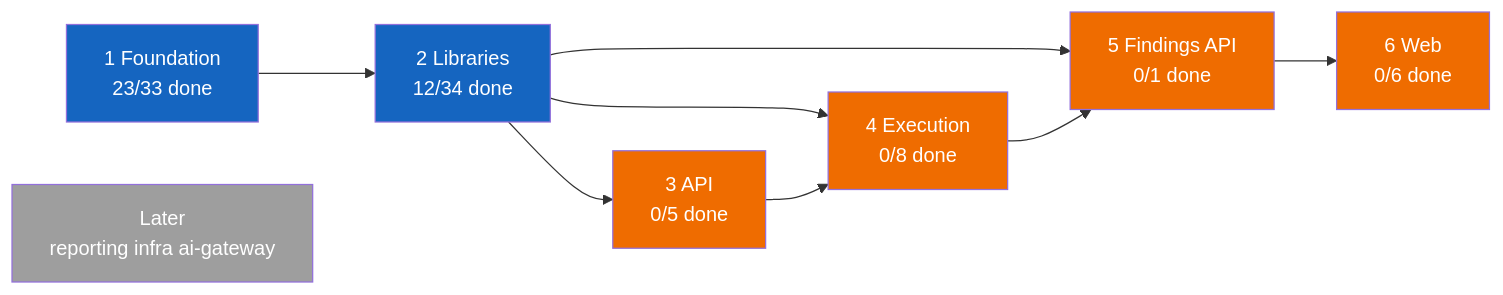
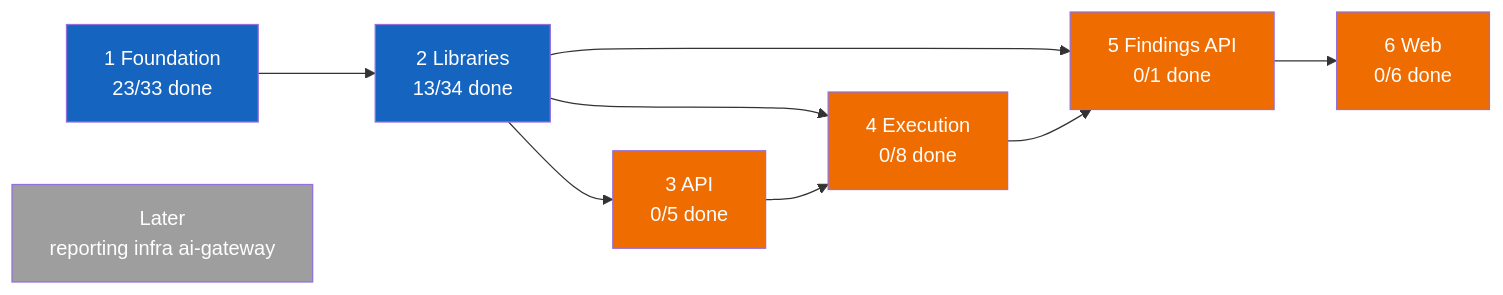
The first of 2 diagrams in PROGRESS.md (vulcanflow/docs), drawn with Mermaid before and after one commit. The commit also changed other lines of this file and 1 other file, not shown here.

````diff
--- a/PROGRESS.md
+++ b/PROGRESS.md
@@ -24,31 +24,31 @@
 ```mermaid
 flowchart LR
   P1["1 Foundation<br/>23/33 done"]
-  P2["2 Libraries<br/>12/34 done"]
+  P2["2 Libraries<br/>13/34 done"]
   P3["3 API<br/>0/5 done"]
   P4["4 Execution<br/>0/8 done"]
   P5["5 Findings API<br/>0/1 done"]
   P6["6 Web<br/>0/6 done"]
   L["Later<br/>reporting infra ai-gateway"]
 
   P1 --> P2
   P2 --> P3
   P2 --> P4
   P3 --> P4
   P2 --> P5
   P4 --> P5
   P5 --> P6
 
   classDef done fill:#2e7d32,color:#fff
   classDef active fill:#1565c0,color:#fff
   classDef held fill:#9e9e9e,color:#fff
   classDef blocked fill:#ef6c00,color:#fff
 
   class P1 active
   class P2 active
   class P3 blocked
   class P4 blocked
   class P5 blocked
   class P6 blocked
   class L held
 ```
````
